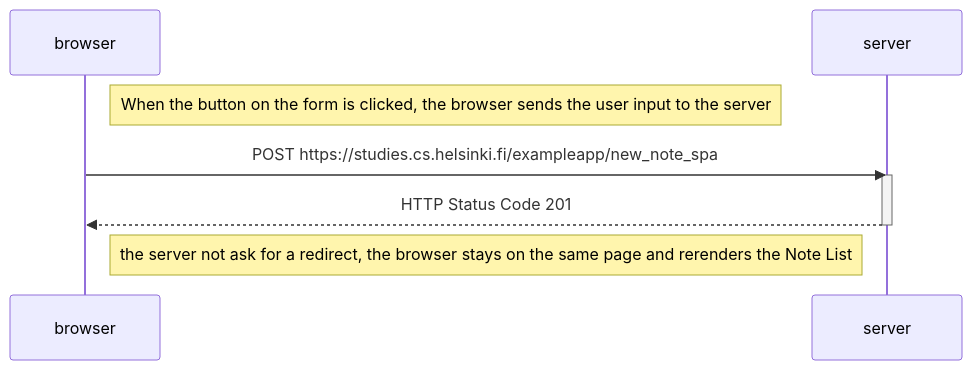
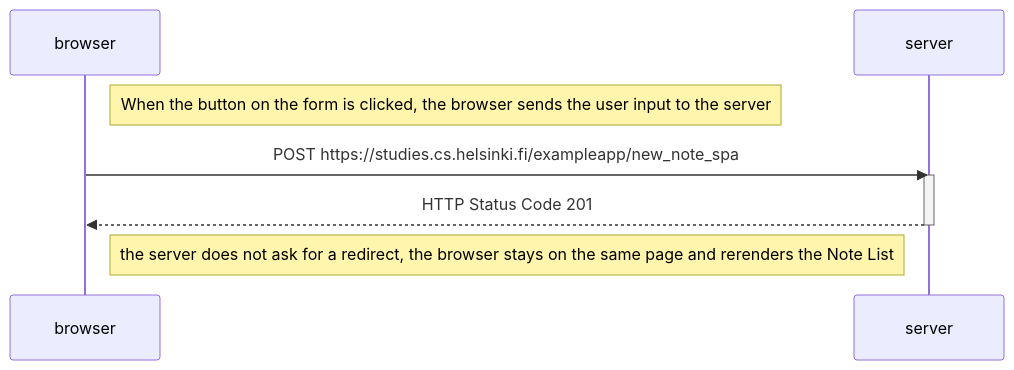
The diagram in part0/0.6-New_Note_SPA.mmd (edugaspaGit/helsinki_fullstack), drawn with Mermaid before and after one commit.

Commit message:
Exercises Part0 0.4-0.6

```diff
--- a/part0/0.6-New_Note_SPA.mmd
+++ b/part0/0.6-New_Note_SPA.mmd
@@ -1,12 +1,12 @@
 sequenceDiagram
     participant browser
     participant server
 
     Note right of browser: When the button on the form is clicked, the browser sends the user input to the server
 
     browser->>server: POST https://studies.cs.helsinki.fi/exampleapp/new_note_spa
     activate server
     server-->>browser: HTTP Status Code 201
     deactivate server
 
-    Note right of browser: the server not ask for a redirect, the browser stays on the same page and rerenders the Note List
+    Note right of browser: the server does not ask for a redirect, the browser stays on the same page and rerenders the Note List
```
